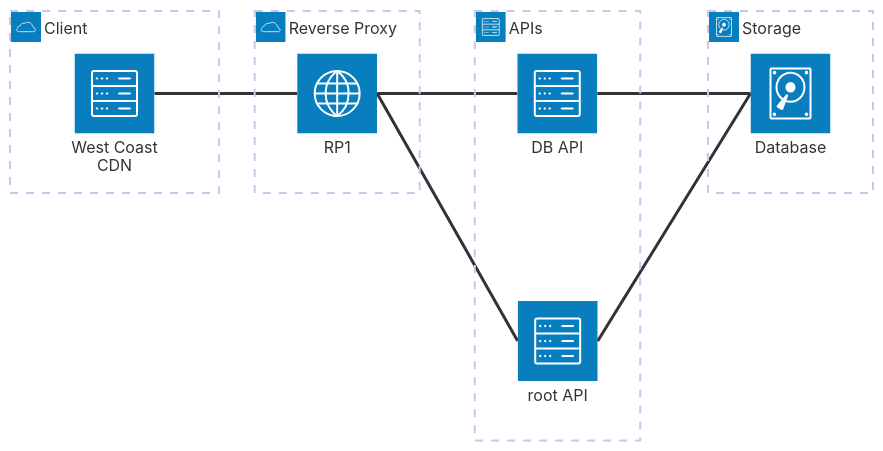
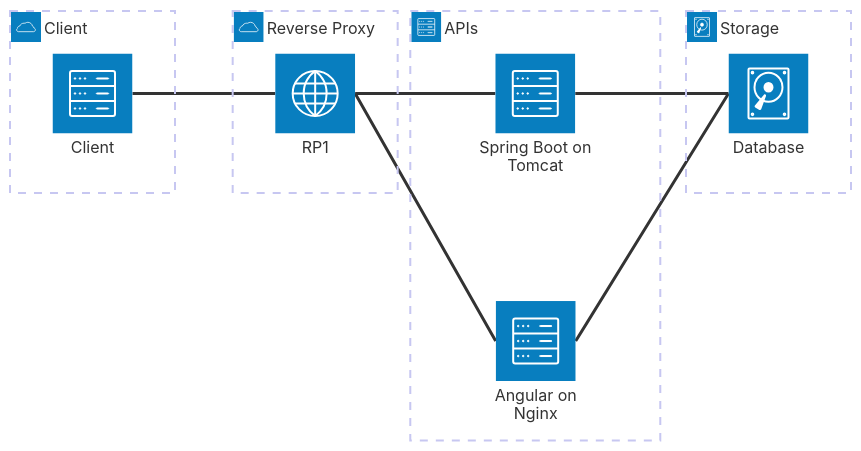
The first of 3 diagrams in solid-urls/README.md (larc63/solid-guide), drawn with Mermaid before and after one commit. The commit also changed other lines of this file and 3 other files, not shown here.

````diff
--- a/solid-urls/README.md
+++ b/solid-urls/README.md
@@ -6,38 +14,21 @@
 ```mermaid
 architecture-beta
-    group cdn(cloud)[Client]
-    service cdn1(server)[West Coast CDN] in cdn
-%%    service cdn2(server)[East Coast CDN] in cdn
+    group client(cloud)[Client]
+    service cdn1(server)[Client] in client
     cdn1:R -- L:rp1
-%%    cdn2:R -- L:rp2
 
-%%    group frontnet(cloud)[FrontEnd Subnet]
-%%    group backnet(cloud)[BackEnd Subnet]
     group rp(cloud)[Reverse Proxy] %% in frontnet
     service rp1(internet)[RP1] in rp
-%%    service rp2(internet)[RP2] in rp
-%%    junction rpJunction in rp
-%%    rp1:B -- T:rp2
 
     group api(server)[APIs] %% in frontnet
-    service api1(server)[root API] in api
-    service api2(server)[DB API] in api
+    service api1(server)[Angular on Nginx] in api
+    service api2(server)[Spring Boot on Tomcat] in api
     rp1:R -- L:api1
     rp1:R -- L:api2
-%%    rp2:R -- L:api1
-%%    rp2:R -- L:api2
 
     group db(disk)[Storage] %% in backnet
     service sql1(disk)[Database] in db
-%%    service sql2(disk)[SQL replica] in db
-
-%%    service lb1(server)[Read LB] in db
-%%    service db1(disk)[NoSQL A] in db
-%%    service db2(disk)[NoSQL B] in db  
     api1:R -- L:sql1
-%%    sql1:R -- L:sql2
-%%    api1:R -- L:db2
     api2:R -- L:sql1
-%%    api2:R -- L:db2
 
 ```
````
